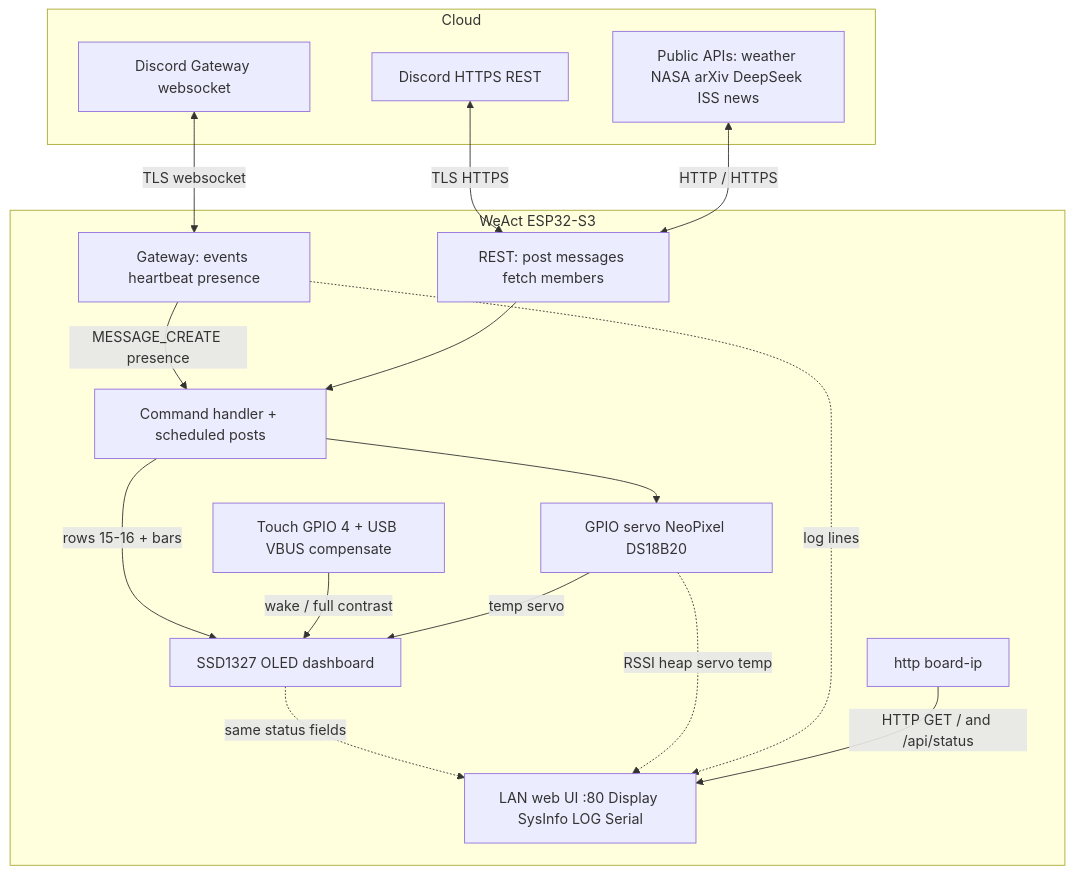
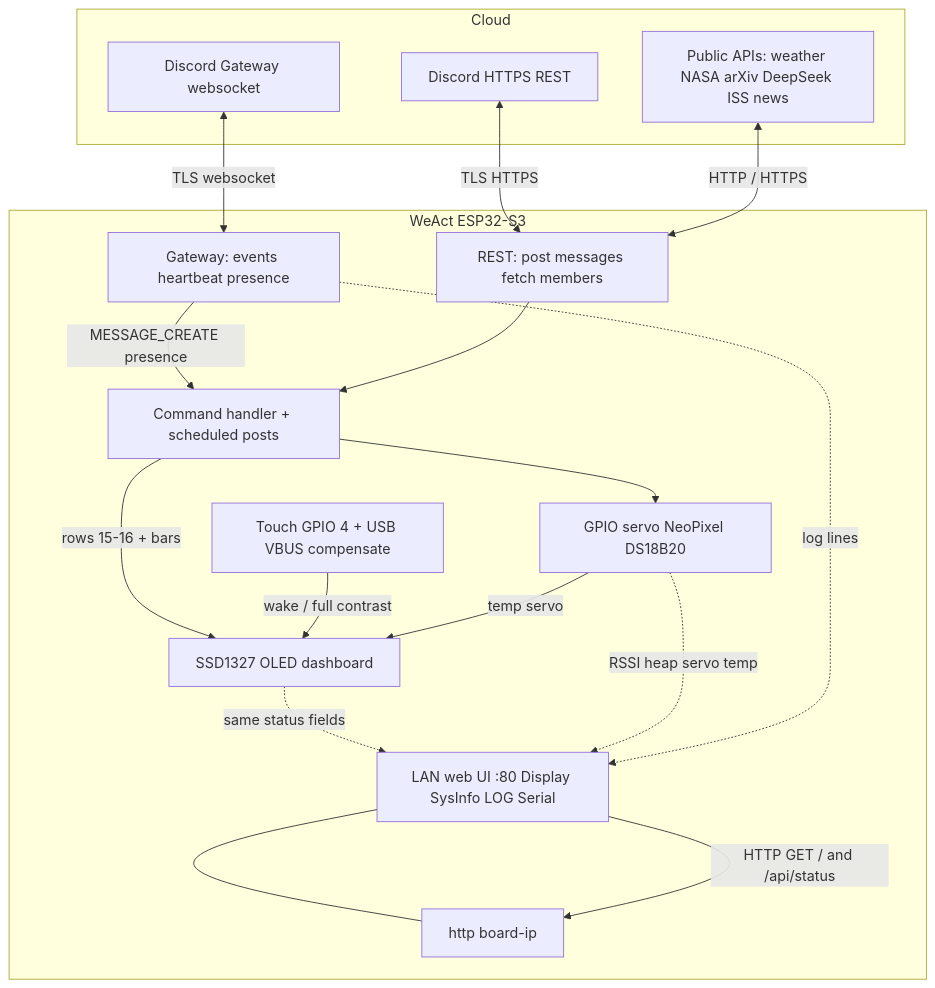
The diagram in README.md (K9DTV/minime-esp32-discord-bot), drawn with Mermaid before and after one commit.

Commit message:
Put http board-ip below LAN web UI in flowchart.

````diff
--- a/README.md
+++ b/README.md
@@ -89,33 +89,34 @@
 ```mermaid
 flowchart TB
   subgraph cloud [Cloud]
     DG[Discord Gateway websocket]
     DR[Discord HTTPS REST]
     EXT[Public APIs: weather NASA arXiv DeepSeek ISS news]
   end
 
   subgraph board [WeAct ESP32-S3]
     GW[Gateway: events heartbeat presence]
     REST[REST: post messages fetch members]
     CMD[Command handler + scheduled posts]
     OLED[SSD1327 OLED dashboard]
     WEB[LAN web UI :80 Display SysInfo LOG Serial]
     BR[http board-ip]
     TOUCH[Touch GPIO 4 + USB VBUS compensate]
     IO[GPIO servo NeoPixel DS18B20]
+    WEB --- BR
   end
 
   DG <-->|TLS websocket| GW
   DR <-->|TLS HTTPS| REST
   EXT <-->|HTTP / HTTPS| REST
   GW -->|MESSAGE_CREATE presence| CMD
   REST --> CMD
   CMD -->|rows 15-16 + bars| OLED
   TOUCH -->|wake / full contrast| OLED
   CMD --> IO
   IO -->|temp servo| OLED
   OLED -.->|same status fields| WEB
   IO -.->|RSSI heap servo temp| WEB
   GW -.->|log lines| WEB
-  BR -->|HTTP GET / and /api/status| WEB
+  WEB -->|HTTP GET / and /api/status| BR
 ```
````
